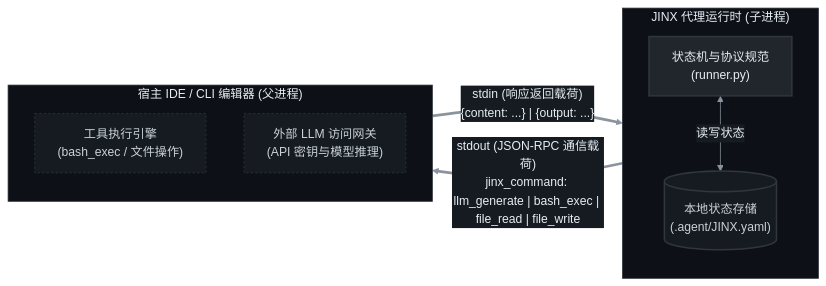
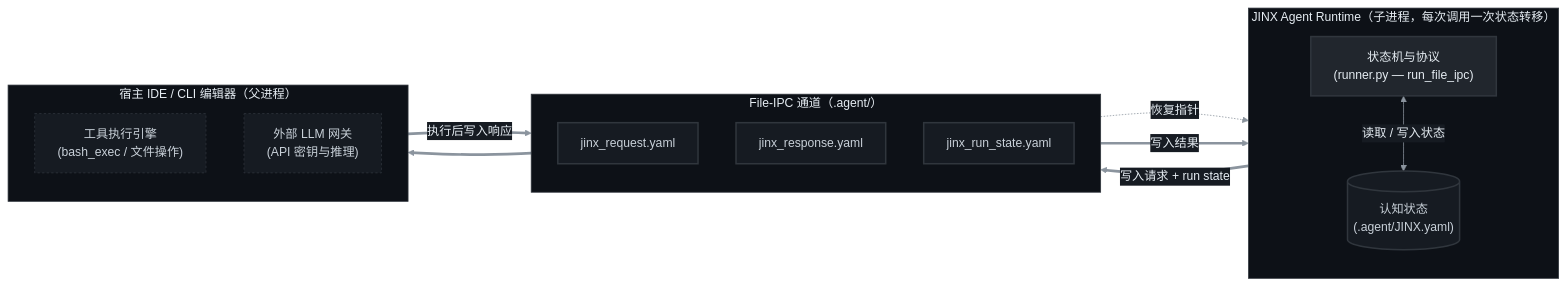
The first of 5 diagrams in README_ZH.md (apxgpt/agent), drawn with Mermaid before and after one commit. The commit also changed other lines of this file and 24 other files, not shown here.

````diff
--- a/README_ZH.md
+++ b/README_ZH.md
@@ -22,25 +43,36 @@
 ```mermaid
 %%{init: {'theme': 'base', 'themeVariables': {"darkMode": true, "background": "#0d1117", "primaryColor": "#21262d", "primaryTextColor": "#e6edf3", "primaryBorderColor": "#8b949e", "lineColor": "#8b949e", "textColor": "#e6edf3", "edgeLabelBackground": "#161b22", "mainBkg": "#21262d", "nodeBorder": "#8b949e", "nodeTextColor": "#e6edf3"}}}%%
 flowchart LR
     classDef sub fill:#161b22,stroke:#30363d,stroke-dasharray: 3 3,color:#c9d1d9;
     classDef state fill:#21262d,stroke:#30363d,stroke-width:2px,color:#e6edf3;
     classDef yaml fill:#161b22,stroke:#30363d,stroke-width:2px,color:#c9d1d9;
 
-    subgraph JINX["JINX 代理运行时 (子进程)"]
+    subgraph JINX["JINX Agent Runtime（子进程，每次调用一次状态转移）"]
         direction TB
-        SM["状态机与协议规范<br/>(runner.py)"]:::state
-        DB[("本地状态存储<br/>(.agent/JINX.yaml)")]:::yaml
-        SM <-->|"读写状态"| DB
+        SM["状态机与协议<br/>(runner.py — run_file_ipc)"]:::state
+        DB[("认知状态<br/>(.agent/JINX.yaml)")]:::yaml
+        SM <-->|"读取 / 写入状态"| DB
     end
     style JINX fill:#0d1117,stroke:#30363d,color:#e6edf3
 
-    subgraph HOST["宿主 IDE / CLI 编辑器 (父进程)"]
+    subgraph IPC["File-IPC 通道（.agent/）"]
+        direction TB
+        REQ["jinx_request.yaml"]:::yaml
+        RSP["jinx_response.yaml"]:::yaml
+        RUN["jinx_run_state.yaml"]:::yaml
+    end
+    style IPC fill:#0d1117,stroke:#30363d,color:#e6edf3
+
+    subgraph HOST["宿主 IDE / CLI 编辑器（父进程）"]
         direction TB
         EXE["工具执行引擎<br/>(bash_exec / 文件操作)"]:::sub
-        LLM["外部 LLM 访问网关<br/>(API 密钥与模型推理)"]:::sub
+        LLM["外部 LLM 网关<br/>(API 密钥与推理)"]:::sub
     end
     style HOST fill:#0d1117,stroke:#30363d,color:#e6edf3
 
-    SM ==>|"stdout (JSON-RPC 通信载荷)<br/>jinx_command: llm_generate | bash_exec | file_read | file_write"| HOST
-    HOST ==>|"stdin (响应返回载荷)<br/>{content: ...} | {output: ...}"| SM
+    SM ==>|"写入请求 + run state"| REQ
+    RUN -.->|"恢复指针"| SM
+    RSP ==>|"写入结果"| SM
+    REQ ==> HOST
+    HOST ==>|"执行后写入响应"| RSP
 ```
````
